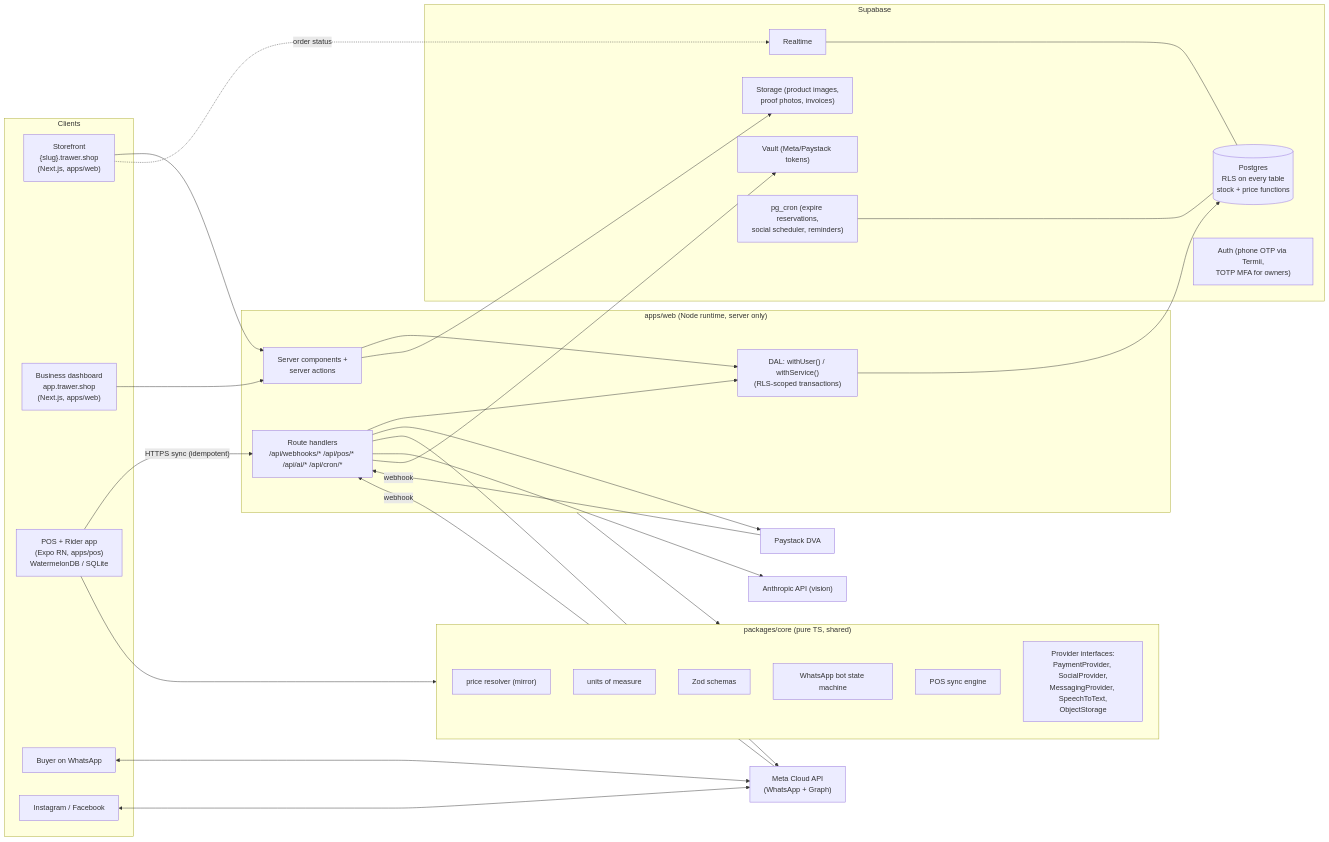
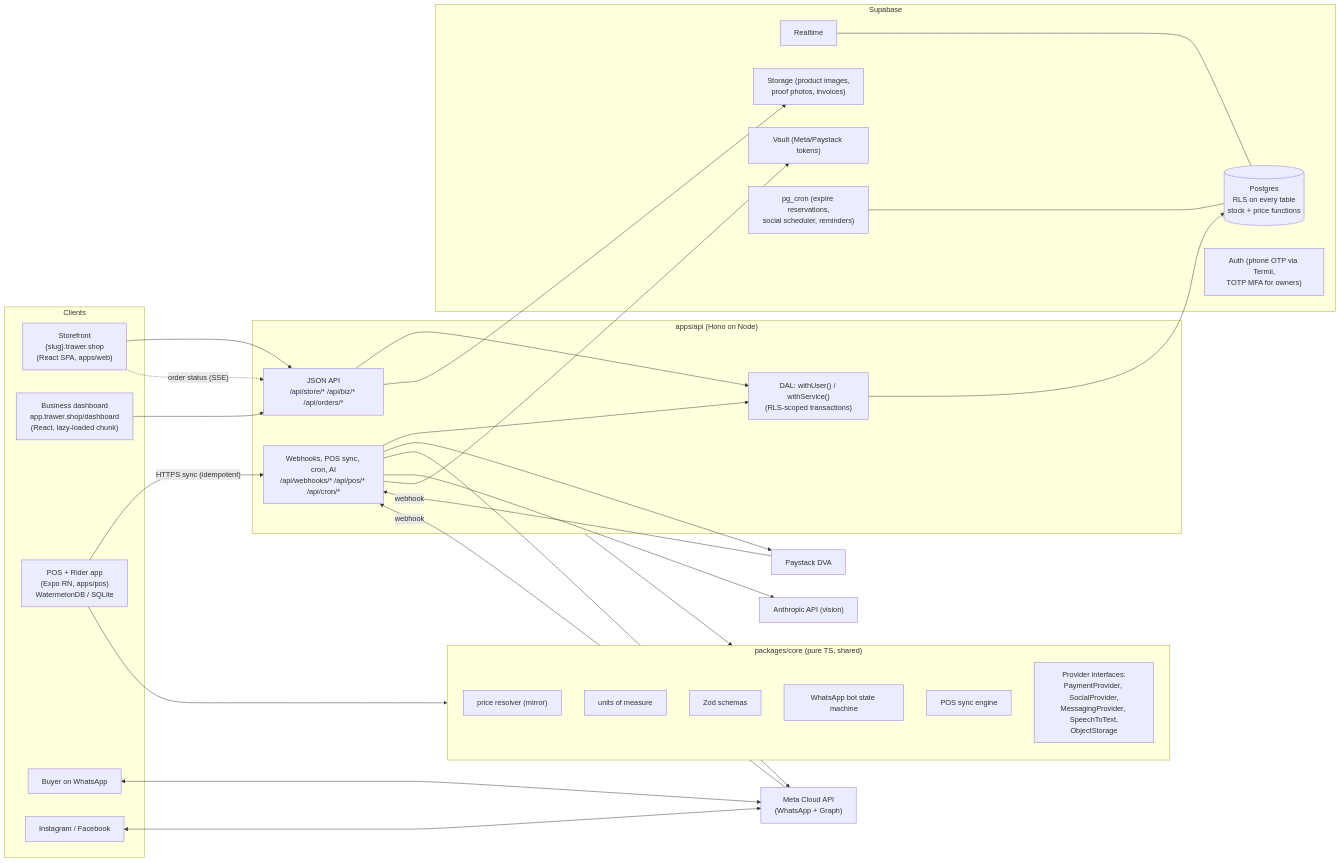
Before and after one commit to Olubusolaoloye/trawer: the first of 3 diagrams in ARCHITECTURE.md, drawn with Mermaid. The commit also changed other lines of this file and 81 other files, not shown here.

First line of the commit message:
Milestone 4: React storefront + dashboard, Hono API, checkout, Paystack DVA payments, live status

````diff
--- a/ARCHITECTURE.md
+++ b/ARCHITECTURE.md
@@ -9,58 +9,58 @@
 ```mermaid
 flowchart LR
   subgraph Clients
-    SF["Storefront<br/>{slug}.trawer.shop<br/>(Next.js, apps/web)"]
-    DASH["Business dashboard<br/>app.trawer.shop<br/>(Next.js, apps/web)"]
+    SF["Storefront<br/>{slug}.trawer.shop<br/>(React SPA, apps/web)"]
+    DASH["Business dashboard<br/>app.trawer.shop/dashboard<br/>(React, lazy-loaded chunk)"]
     POS["POS + Rider app<br/>(Expo RN, apps/pos)<br/>WatermelonDB / SQLite"]
     WA["Buyer on WhatsApp"]
     IG["Instagram / Facebook"]
   end
 
-  subgraph Web["apps/web (Node runtime, server only)"]
-    RSC["Server components +<br/>server actions"]
-    API["Route handlers<br/>/api/webhooks/* /api/pos/* /api/ai/* /api/cron/*"]
+  subgraph Web["apps/api (Hono on Node)"]
+    RSC["JSON API<br/>/api/store/* /api/biz/* /api/orders/*"]
+    API["Webhooks, POS sync, cron, AI<br/>/api/webhooks/* /api/pos/* /api/cron/*"]
     DAL["DAL: withUser() / withService()<br/>(RLS-scoped transactions)"]
   end
 
   subgraph Core["packages/core (pure TS, shared)"]
     PR["price resolver (mirror)"]
     UOM["units of measure"]
     ZOD["Zod schemas"]
     BOT["WhatsApp bot state machine"]
     SYNC["POS sync engine"]
     PROV["Provider interfaces:<br/>PaymentProvider, SocialProvider,<br/>MessagingProvider, SpeechToText,<br/>ObjectStorage"]
   end
 
   subgraph Supabase
     PG[("Postgres<br/>RLS on every table<br/>stock + price functions")]
     AUTH["Auth (phone OTP via Termii,<br/>TOTP MFA for owners)"]
     RT["Realtime"]
     ST["Storage (product images,<br/>proof photos, invoices)"]
     VAULT["Vault (Meta/Paystack tokens)"]
     CRON["pg_cron (expire reservations,<br/>social scheduler, reminders)"]
   end
 
   PAY["Paystack DVA"]
   META["Meta Cloud API<br/>(WhatsApp + Graph)"]
   ANTH["Anthropic API (vision)"]
 
   SF --> RSC
   DASH --> RSC
   RSC --> DAL --> PG
   API --> DAL
   POS -- "HTTPS sync (idempotent)" --> API
   WA <--> META
   META -- webhook --> API
   PAY -- webhook --> API
   API --> PAY
   API --> META
   API --> ANTH
   IG <--> META
-  SF -. "order status" .-> RT
+  SF -. "order status (SSE)" .-> RSC
   RT --- PG
   CRON --- PG
   RSC --> ST
   API --> VAULT
   Web --> Core
   POS --> Core
 ```
````
